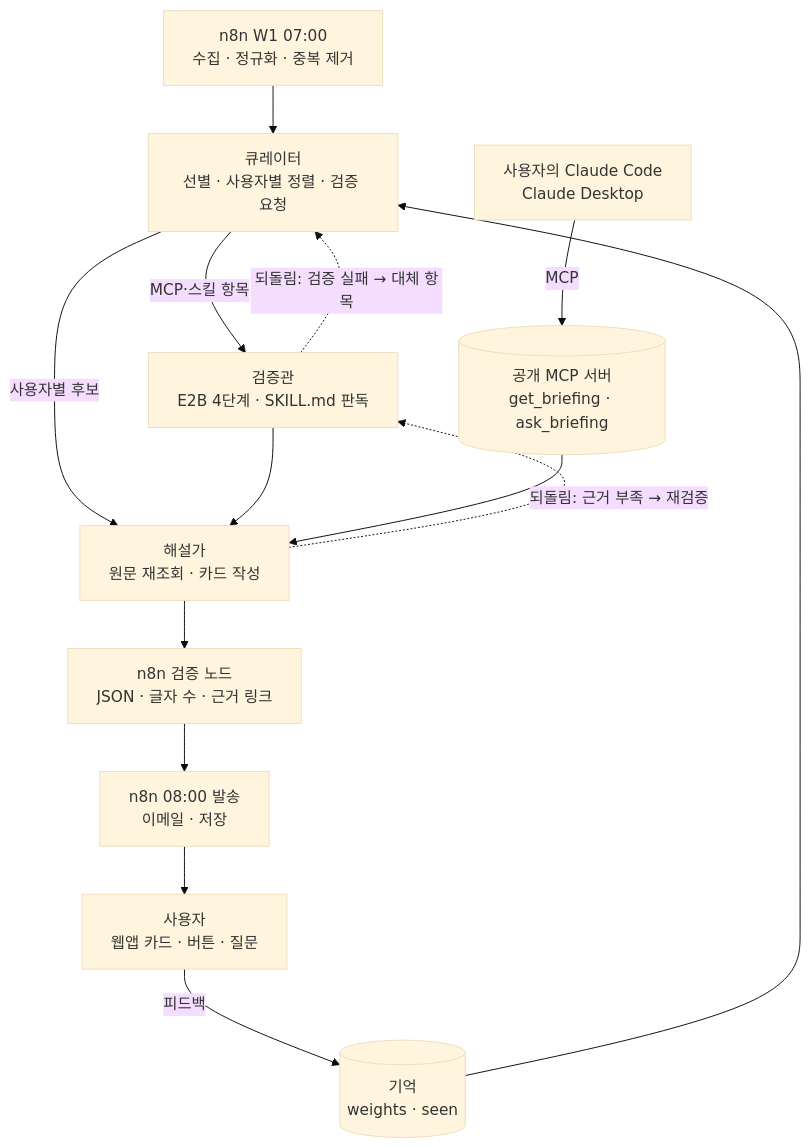
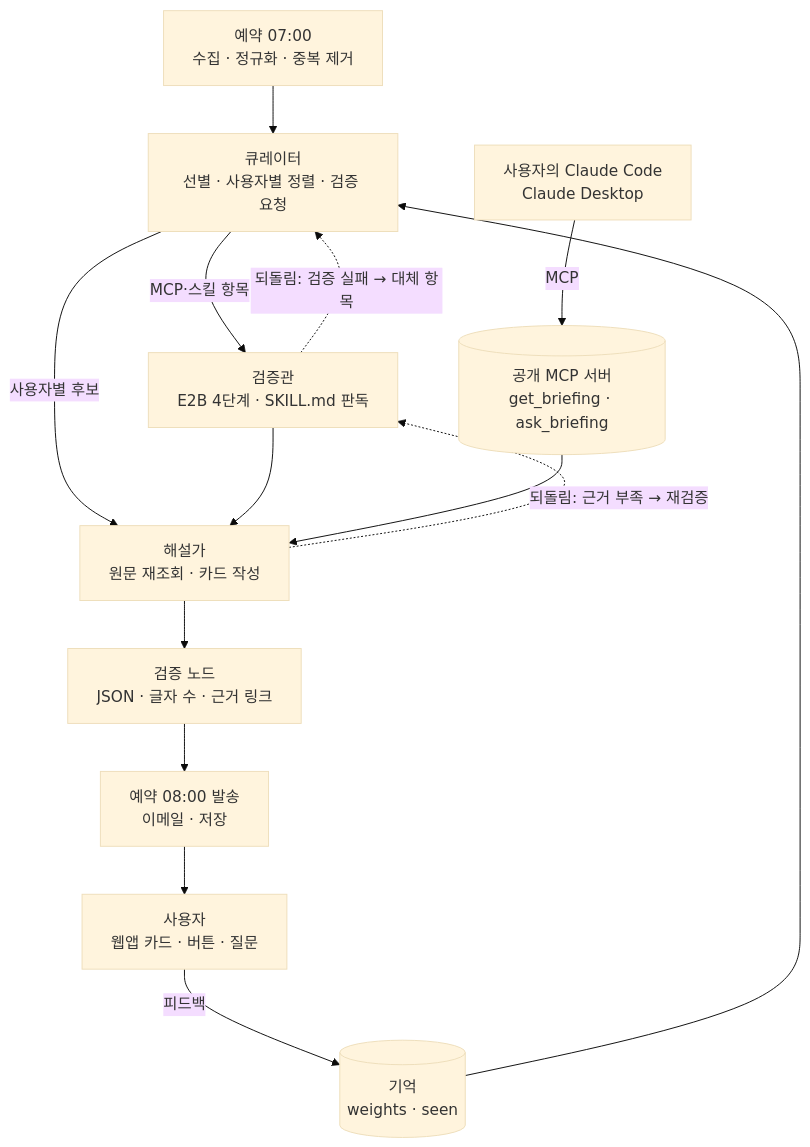
Before and after one commit to seungwook-kim/toolscout: the diagram in README.md, drawn with Mermaid (base theme). The commit also changed other lines of this file and 11 other files, not shown here.

````diff
--- a/README.md
+++ b/README.md
@@ -55,16 +55,16 @@
 ```mermaid
 flowchart TD
-    N1[n8n W1 07:00<br/>수집 · 정규화 · 중복 제거] --> C[큐레이터<br/>선별 · 사용자별 정렬 · 검증 요청]
+    N1[예약 07:00<br/>수집 · 정규화 · 중복 제거] --> C[큐레이터<br/>선별 · 사용자별 정렬 · 검증 요청]
     C -->|MCP·스킬 항목| V[검증관<br/>E2B 4단계 · SKILL.md 판독]
     C -->|사용자별 후보| E[해설가<br/>원문 재조회 · 카드 작성]
     V --> E
-    E --> N2[n8n 검증 노드<br/>JSON · 글자 수 · 근거 링크]
-    N2 --> N3[n8n 08:00 발송<br/>이메일 · 저장]
+    E --> N2[검증 노드<br/>JSON · 글자 수 · 근거 링크]
+    N2 --> N3[예약 08:00 발송<br/>이메일 · 저장]
     N3 --> U[사용자<br/>웹앱 카드 · 버튼 · 질문]
     U -->|피드백| M[(기억<br/>weights · seen)]
     M --> C
     V -.->|되돌림: 검증 실패 → 대체 항목| C
     E -.->|되돌림: 근거 부족 → 재검증| V
     X[사용자의 Claude Code<br/>Claude Desktop] -->|MCP| S[(공개 MCP 서버<br/>get_briefing · ask_briefing)]
     S --> E
 ```
````
